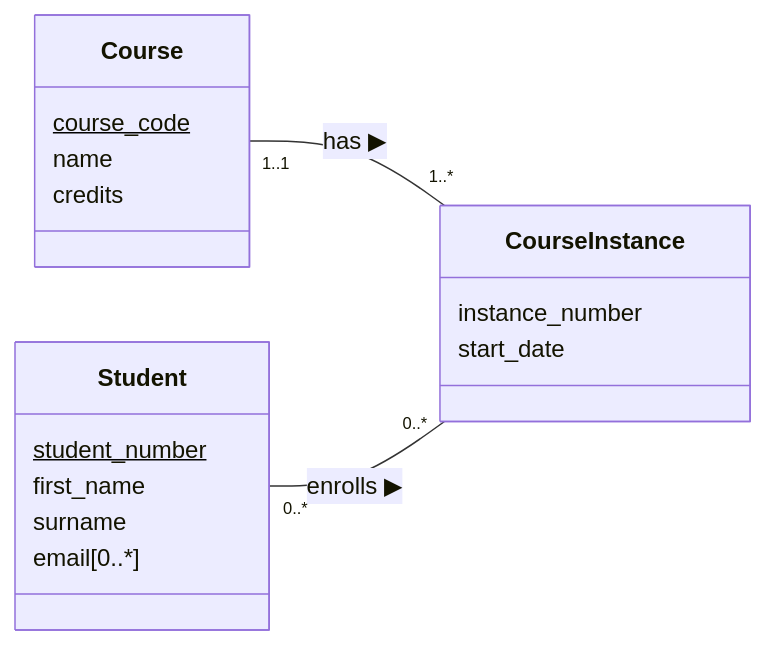
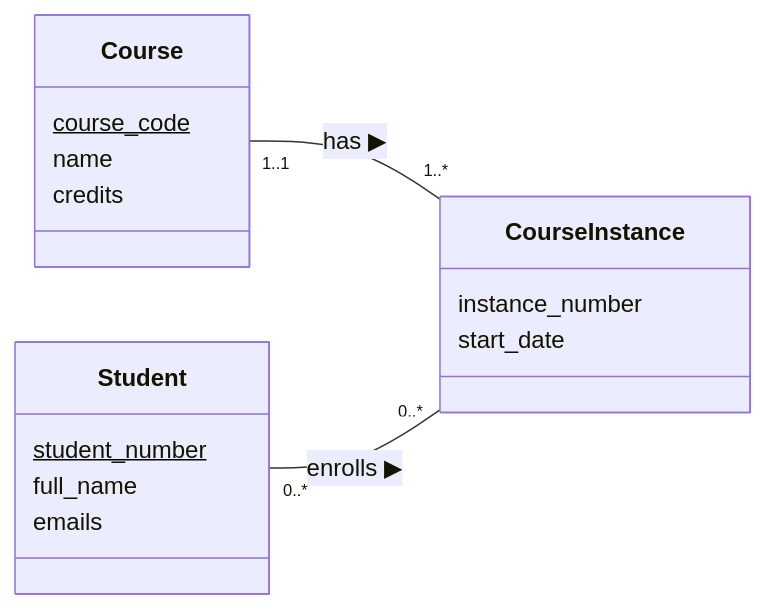
Before and after one commit to Kaltsoon/data-management-and-databases: the second of 10 diagrams in slidev/09-logical-database-design.md, drawn with Mermaid. The commit also changed other lines of this file and 2 other files, not shown here.

````diff
--- a/slidev/09-logical-database-design.md
+++ b/slidev/09-logical-database-design.md
@@ -129,24 +129,23 @@
 ```mermaid
 classDiagram
     direction LR
     Course "1..1" -- "1..*" CourseInstance : has ▶
     Student "0..*" -- "0..*" CourseInstance: enrolls ▶ 
 
     class Course {
       course_code$
       name
       credits
     }
 
     class CourseInstance {
       instance_number
       start_date
     }
 
     class Student {
         student_number$
-        first_name
-        surname
-        email[0..*]
+        full_name
+        emails
     }
 ```
````
